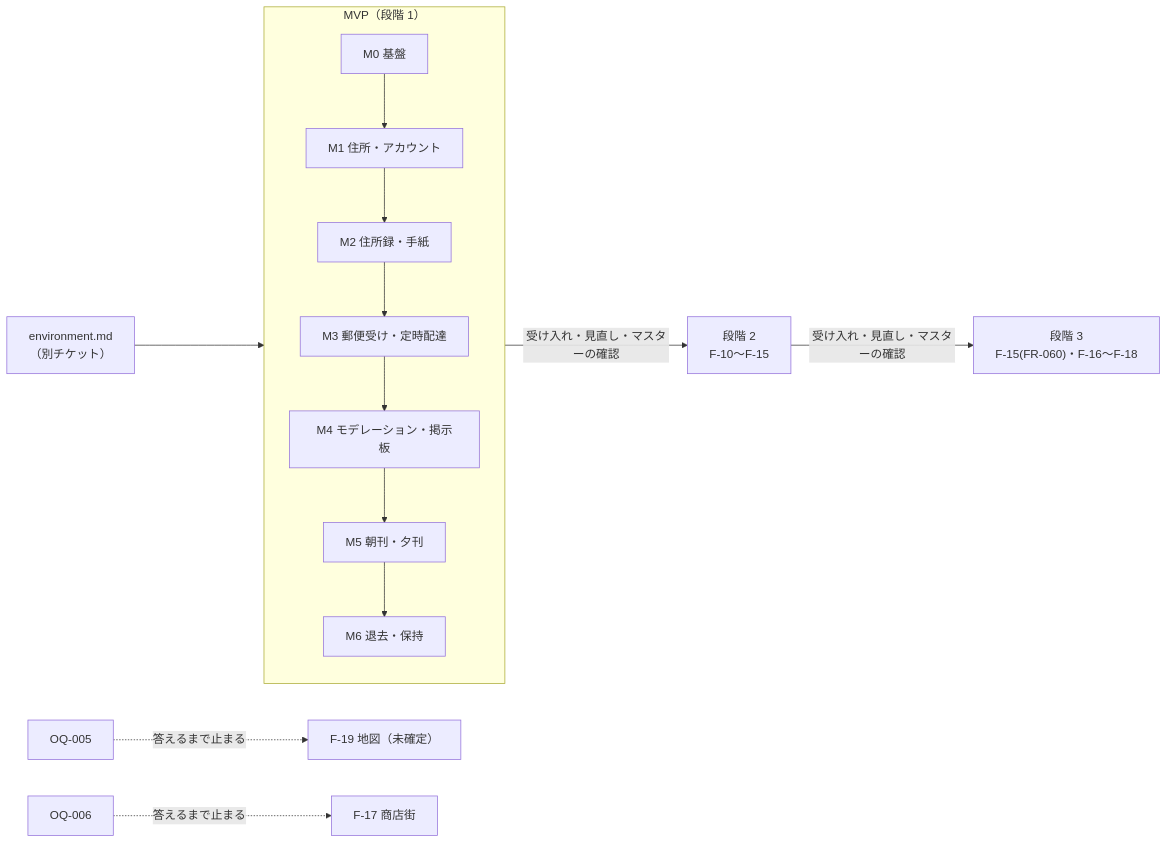
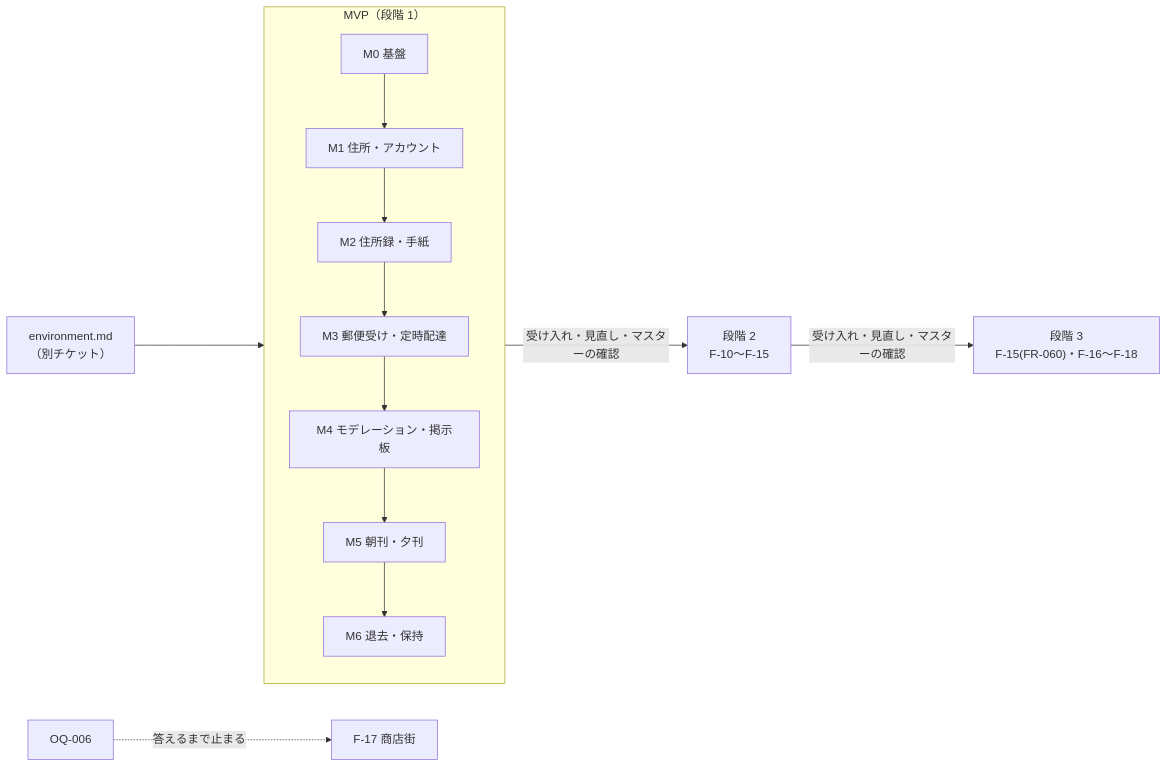
Before and after one commit to BONUS-git/yuguregaoka-3chome: the diagram in .ai/roadmap.md, drawn with Mermaid. The commit also changed other lines of this file and 9 other files, not shown here.

First line of the commit message:
[YGO-auto] OQ-005 の答えを反映（架空の街の地図（不足））

````diff
--- a/.ai/roadmap.md
+++ b/.ai/roadmap.md
@@ -71,11 +70,10 @@
 ```mermaid
 flowchart LR
     ENV["environment.md\n（別チケット）"] --> MVP
     subgraph MVP["MVP（段階 1）"]
         M0["M0 基盤"] --> M1["M1 住所・アカウント"] --> M2["M2 住所録・手紙"] --> M3["M3 郵便受け・定時配達"] --> M4["M4 モデレーション・掲示板"] --> M5["M5 朝刊・夕刊"] --> M6["M6 退去・保持"]
     end
     MVP -->|"受け入れ・見直し・マスターの確認"| S2["段階 2\nF-10〜F-15"]
     S2 -->|"受け入れ・見直し・マスターの確認"| S3["段階 3\nF-15(FR-060)・F-16〜F-18"]
-    OQ5["OQ-005"] -.->|答えるまで止まる| F19["F-19 地図（未確定）"]
     OQ6["OQ-006"] -.->|答えるまで止まる| F17["F-17 商店街"]
 ```
````
